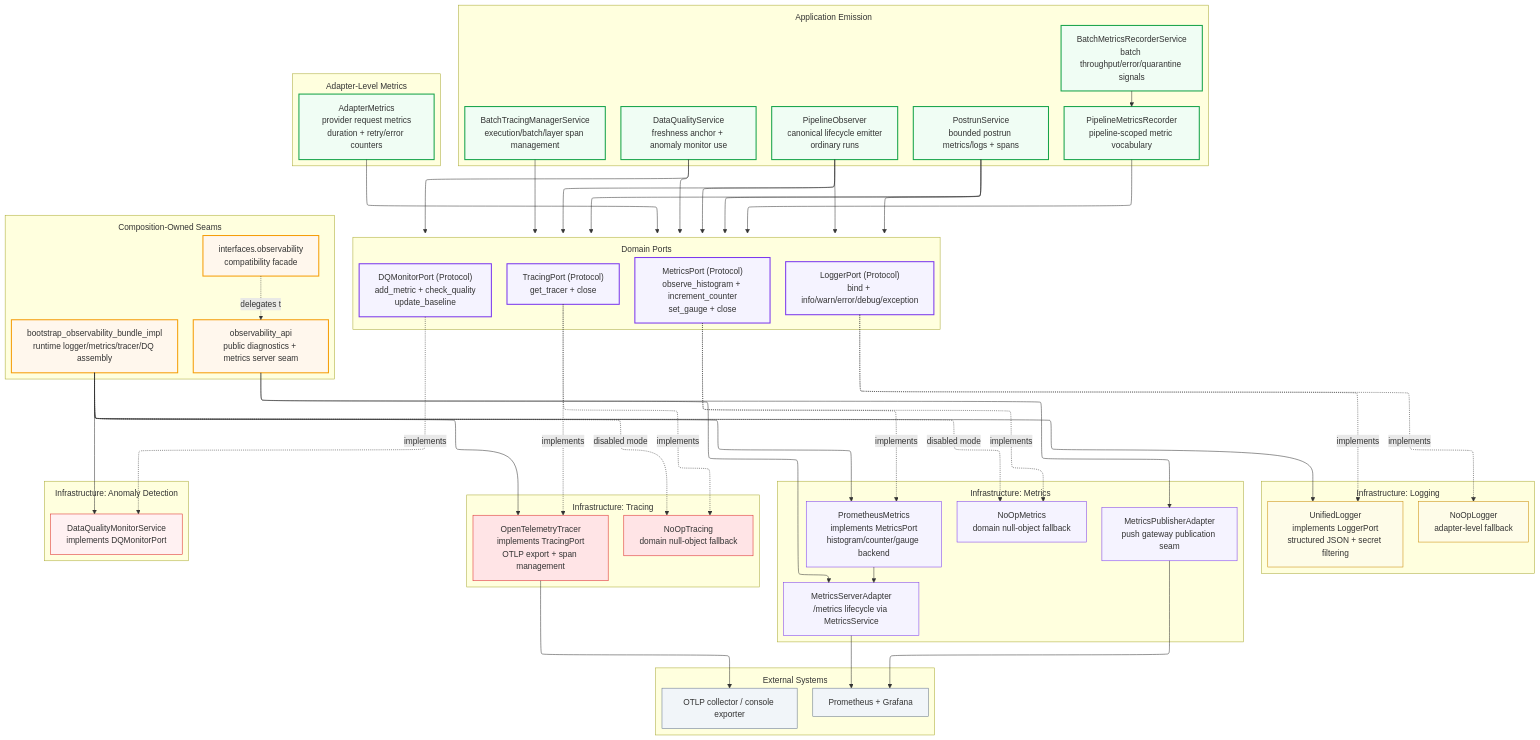
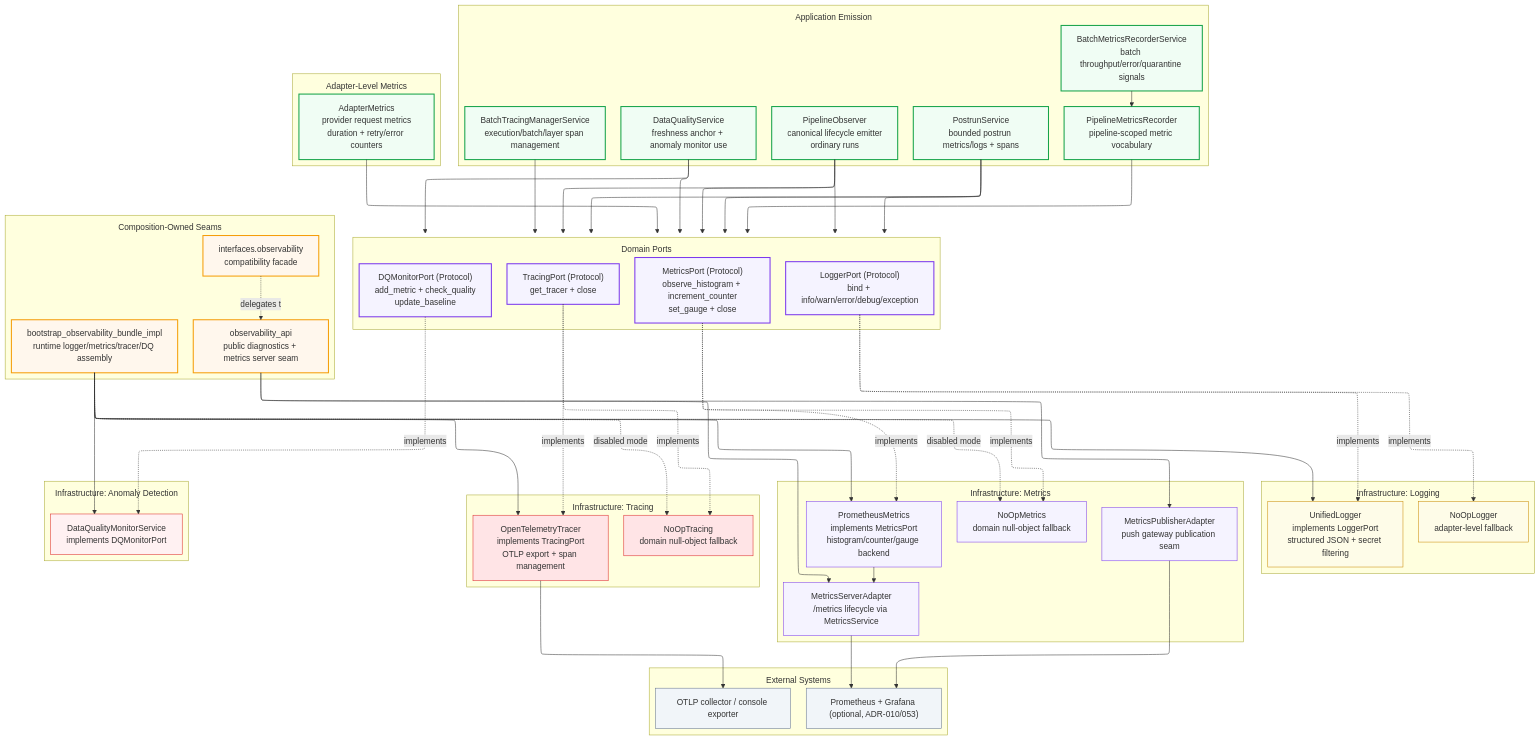
Before and after one commit to SatoryKono/BioactivityDataAcquisition: the diagram in docs/02-architecture/diagrams/architecture/09-observability-stack.mmd, drawn with Mermaid. The commit also changed 19 other files, not shown here.

```diff
--- a/docs/02-architecture/diagrams/architecture/09-observability-stack.mmd
+++ b/docs/02-architecture/diagrams/architecture/09-observability-stack.mmd
@@ -1,120 +1,120 @@
 %% BioETL — Observability Stack
 %% Logging, Metrics, Tracing architecture.
 
 %% @version 1.1.0
 %% @date    2026-04-12
 %% @type    flowchart
 %% @level   System / Component
 %% @nodes   24
 %% @reference  Decomposed into 09a-observability-app, 09b-observability-infra
 
 %%{init: {
   'flowchart': {
     'subGraphTitleMargin': { 'top': 12, 'bottom': 12 }
   },
   'layout': 'elk',
   'elk': {
     'mergeEdges': true,
     'nodePlacementStrategy': 'BRANDES_KOEPF',
     'edgeRouting': 'ORTHOGONAL'
   }
 }}%%
 %% @uniform width=224 height=198 max_title_len=23 max_desc_lines=9
 graph TB
     subgraph Ports["Domain Ports"]
         LP["LoggerPort (Protocol)<br/>bind + info/warn/error/debug/exception"]:::size-lg
         MP["MetricsPort (Protocol)<br/>observe_histogram + increment_counter<br/>set_gauge + close"]:::size-lg
         TP["TracingPort (Protocol)<br/>get_tracer + close"]:::size-lg
         DQMP["DQMonitorPort (Protocol)<br/>add_metric + check_quality<br/>update_baseline"]:::size-lg
     end
 
     subgraph AppObserver["Application Emission"]
         PO["PipelineObserver<br/>canonical lifecycle emitter<br/>ordinary runs"]:::size-lg
         PMR["PipelineMetricsRecorder<br/>pipeline-scoped metric vocabulary"]:::size-lg
         BMR["BatchMetricsRecorderService<br/>batch throughput/error/quarantine signals"]:::size-lg
         BTM["BatchTracingManagerService<br/>execution/batch/layer span management"]:::size-lg
         DQS["DataQualityService<br/>freshness anchor + anomaly monitor use"]:::size-lg
         PRS["PostrunService<br/>bounded postrun metrics/logs + spans"]:::size-lg
     end
 
     subgraph Composition["Composition-Owned Seams"]
         BOB["bootstrap_observability_bundle_impl<br/>runtime logger/metrics/tracer/DQ assembly"]:::size-lg
         OAPI["observability_api<br/>public diagnostics + metrics server seam"]:::size-lg
         IOBS["interfaces.observability<br/>compatibility facade"]:::size-lg
     end
 
     subgraph InfraLogging["Infrastructure: Logging"]
         UL["UnifiedLogger<br/>implements LoggerPort<br/>structured JSON + secret filtering"]:::size-lg
         NOL["NoOpLogger<br/>adapter-level fallback"]:::size-lg
     end
 
     subgraph InfraMetrics["Infrastructure: Metrics"]
         PM["PrometheusMetrics<br/>implements MetricsPort<br/>histogram/counter/gauge backend"]:::size-lg
         MSA["MetricsServerAdapter<br/>/metrics lifecycle via MetricsService"]:::size-lg
         MPA["MetricsPublisherAdapter<br/>push gateway publication seam"]:::size-lg
         NOM["NoOpMetrics<br/>domain null-object fallback"]:::size-lg
     end
 
     subgraph InfraTracing["Infrastructure: Tracing"]
         OTT["OpenTelemetryTracer<br/>implements TracingPort<br/>OTLP export + span management"]:::size-lg
         NOT["NoOpTracing<br/>domain null-object fallback"]:::size-lg
     end
 
     subgraph InfraAnomaly["Infrastructure: Anomaly Detection"]
         DQM["DataQualityMonitorService<br/>implements DQMonitorPort"]:::size-lg
     end
 
     subgraph AdapterMetrics["Adapter-Level Metrics"]
         AM["AdapterMetrics<br/>provider request metrics<br/>duration + retry/error counters"]:::size-lg
     end
 
     subgraph External["External Systems"]
-        PROM["Prometheus + Grafana"]:::size-lg
+        PROM["Prometheus + Grafana (optional, ADR-010/053)"]:::size-lg
         OTEL_COL["OTLP collector / console exporter"]:::size-lg
     end
 
     %% Port implementations
     LP -.implements.-> UL & NOL
     MP -.implements.-> PM & NOM
     TP -.implements.-> OTT & NOT
     DQMP -.implements.-> DQM
 
     %% Application publication boundaries
     PO --> LP & MP & TP
     PMR --> MP
     BMR --> PMR
     BTM --> TP
     DQS --> MP & DQMP
     PRS --> LP & MP & TP
 
     %% Composition-owned wiring and public seams
     BOB --> UL & PM & OTT & DQM
     BOB -.disabled mode.-> NOM & NOT
     IOBS -.delegates to.-> OAPI
     OAPI --> MSA & MPA
 
     %% Adapter/provider metrics
     AM --> MP
 
     %% Infrastructure to external
     PM --> MSA --> PROM
     MPA --> PROM
     OTT --> OTEL_COL
 
     classDef port fill:#f5f3ff,stroke:#7c3aed,stroke-width:2px
     classDef app fill:#f0fdf4,stroke:#16a34a,stroke-width:2px
     classDef comp fill:#fff7ed,stroke:#f59e0b,stroke-width:2px
     classDef logging fill:#fefce8,stroke:#ca8a04
     classDef metrics fill:#f5f3ff,stroke:#7c3aed
     classDef tracing fill:#ffe4e6,stroke:#dc2626
     classDef anomaly fill:#fff1f2,stroke:#dc2626
     classDef ext fill:#f1f5f9,stroke:#64748b
 
     class LP,MP,TP,DQMP port
     class PO,PMR,BMR,BTM,DQS,PRS,AM app
     class BOB,OAPI,IOBS comp
     class UL,NOL logging
     class PM,MSA,MPA,NOM metrics
     class OTT,NOT tracing
     class DQM anomaly
     class PROM,OTEL_COL ext
```
